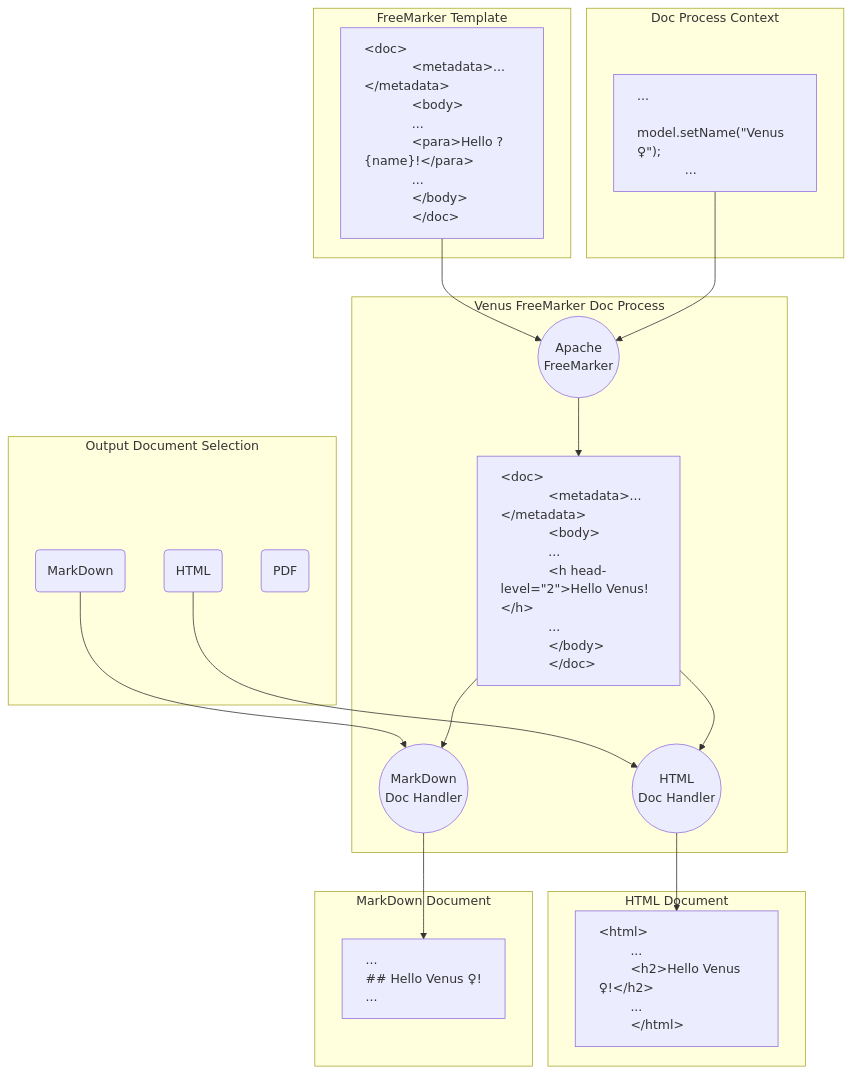
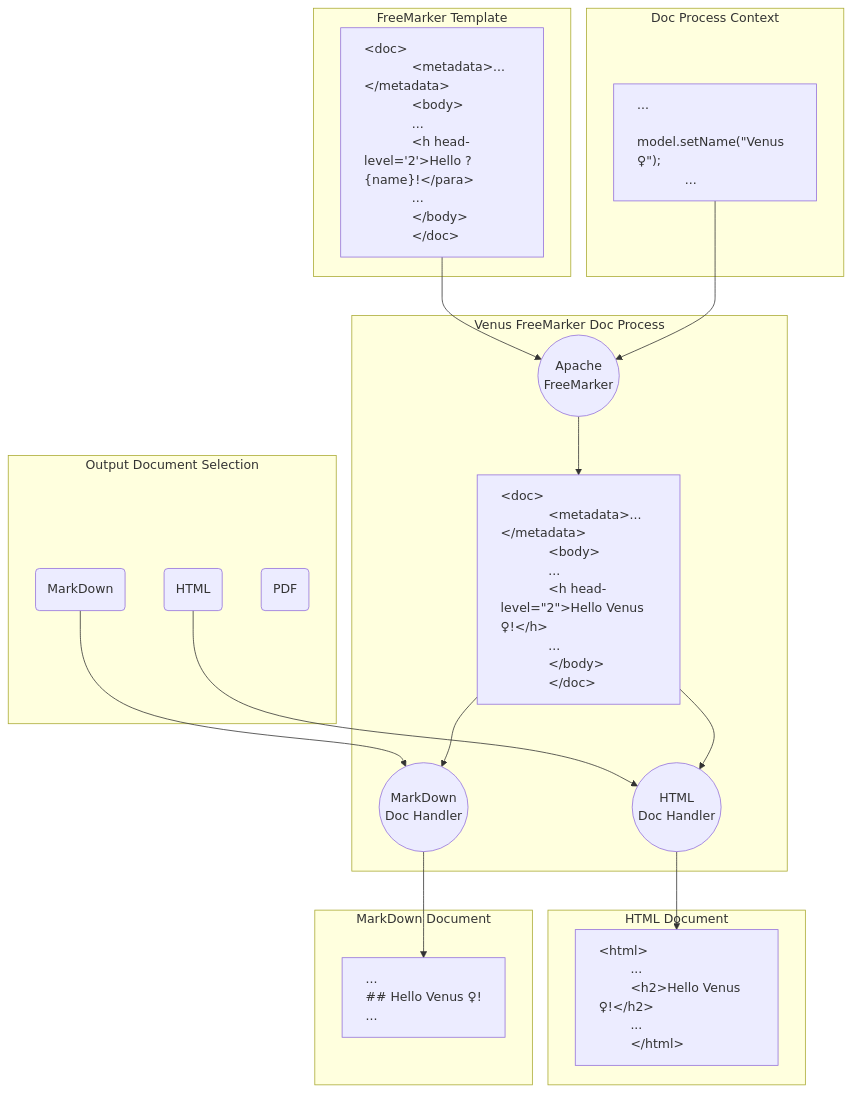
The first of 2 diagrams in fj-doc-guide/src/main/docs/asciidoc/chapters/00_1_what_is.adoc (fugerit-org/fj-doc), drawn with Mermaid before and after one commit.

Commit message:
Fix asciidoc what is section

```diff
--- a/fj-doc-guide/src/main/docs/asciidoc/chapters/00_1_what_is.adoc
+++ b/fj-doc-guide/src/main/docs/asciidoc/chapters/00_1_what_is.adoc
@@ -13,63 +13,63 @@
 [mermaid, title="Fugerit Venus Doc engine"]
 ....
 flowchart TD
     T --> F
     J --> F
     I1 --> D1 --> R1
     I2 --> D2 --> R2
     F --> O --> D1
     O --> D2
     subgraph FreeMarker Template
             T["#lt;doc#gt;
             #lt;metadata#gt;...#lt;/metadata#gt;
             #lt;body#gt;
             ...
-            #lt;para#gt;Hello ?{name}!#lt;/para#gt;
+            #lt;h head-level='2'#gt;Hello ?{name}!#lt;/para#gt;
             ...
             #lt;/body#gt;
             #lt;/doc#gt;"]
             style T text-align:left
     end
     subgraph Doc Process Context
         J["...
             model.setName(#quot;Venus ♀#quot;);
             ..."]
             style J text-align:left
     end
     subgraph Output Document Selection
         I1(HTML)
         I2(MarkDown)
         I3(PDF)
     end
     subgraph Venus FreeMarker Doc Process
             F(("Apache
             FreeMarker"))
             O["#lt;doc#gt;
             #lt;metadata#gt;...#lt;/metadata#gt;
             #lt;body#gt;
             ...
-            #lt;h head-level=#quot;2#quot;#gt;Hello Venus!#lt;/h#gt;
+            #lt;h head-level=#quot;2#quot;#gt;Hello Venus ♀!#lt;/h#gt;
             ...
             #lt;/body#gt;
             #lt;/doc#gt;"]
             style O text-align:left
             D1(("HTML
             Doc Handler"))
             D2(("MarkDown
             Doc Handler"))
     end
     subgraph HTML Document
         R1["#lt;html#gt;
         ...
         #lt;h2#gt;Hello Venus ♀!#lt;/h2#gt;
         ...
         #lt;/html#gt;"]
         style R1 text-align:left
     end
     subgraph MarkDown Document
         R2["...
         ## Hello Venus ♀!
         ..."]
         style R2 text-align:left
     end
 ....
```
